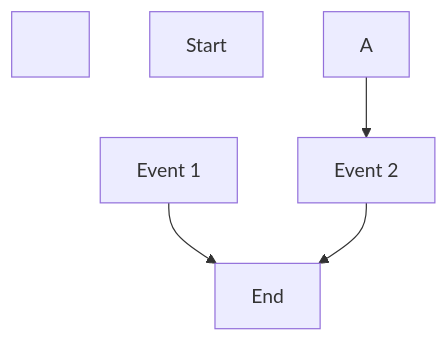
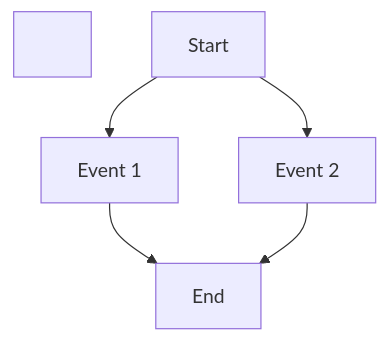
One commit to LbsLundAW/DiceGame-Examples changed the diagram in README.md. Above: the diagram before and after it, drawn with Mermaid.

````diff
--- a/README.md
+++ b/README.md
@@ -7,13 +7,13 @@
 ```mermaid
 
 graph TD;
 
-&nbsp;	A\[Start]
+&nbsp;	A\[Start]-->B\[Event 1]
 
-&nbsp;	A-->C\[Event 2]
+&nbsp;	A\[Start]-->C\[Event 2]
 
 &nbsp;	B\[Event 1]-->D\[End]
 
 &nbsp;	C\[Event 2]-->D\[End]
 
 ```
````
